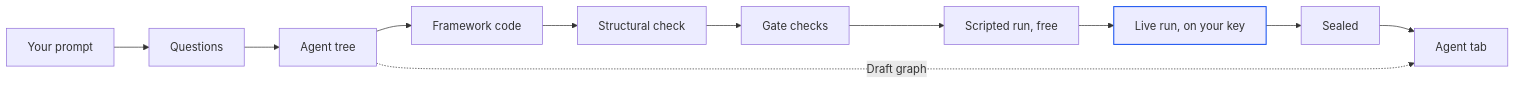
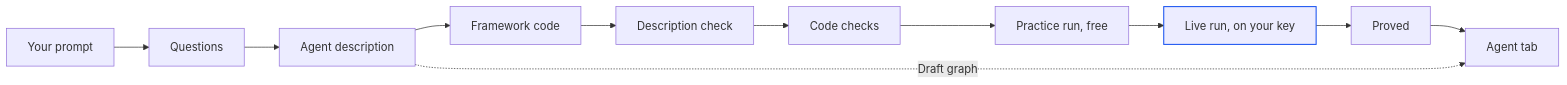
Before and after one commit to suyash-lyzr/alpha-documentation: the diagram in agents/build-an-agent.mdx, drawn with Mermaid. The commit also changed other lines of this file and 51 other files, not shown here.

````diff
--- a/agents/build-an-agent.mdx
+++ b/agents/build-an-agent.mdx
@@ -76,15 +76,15 @@
 ```mermaid
 flowchart LR
   A[Your prompt] --> B[Questions]
-  B --> C[Agent tree]
+  B --> C[Agent description]
   C --> D[Framework code]
-  D --> E[Structural check]
-  E --> F[Gate checks]
-  F --> G["Scripted run, free"]
+  D --> E[Description check]
+  E --> F[Code checks]
+  F --> G["Practice run, free"]
   G --> H["Live run, on your key"]
-  H --> I[Sealed]
+  H --> I[Proved]
   I --> J[Agent tab]
   C -.->|Draft graph| J
   classDef focus stroke:#1A54F0,stroke-width:1.5px;
   class H focus;
 ```
````
